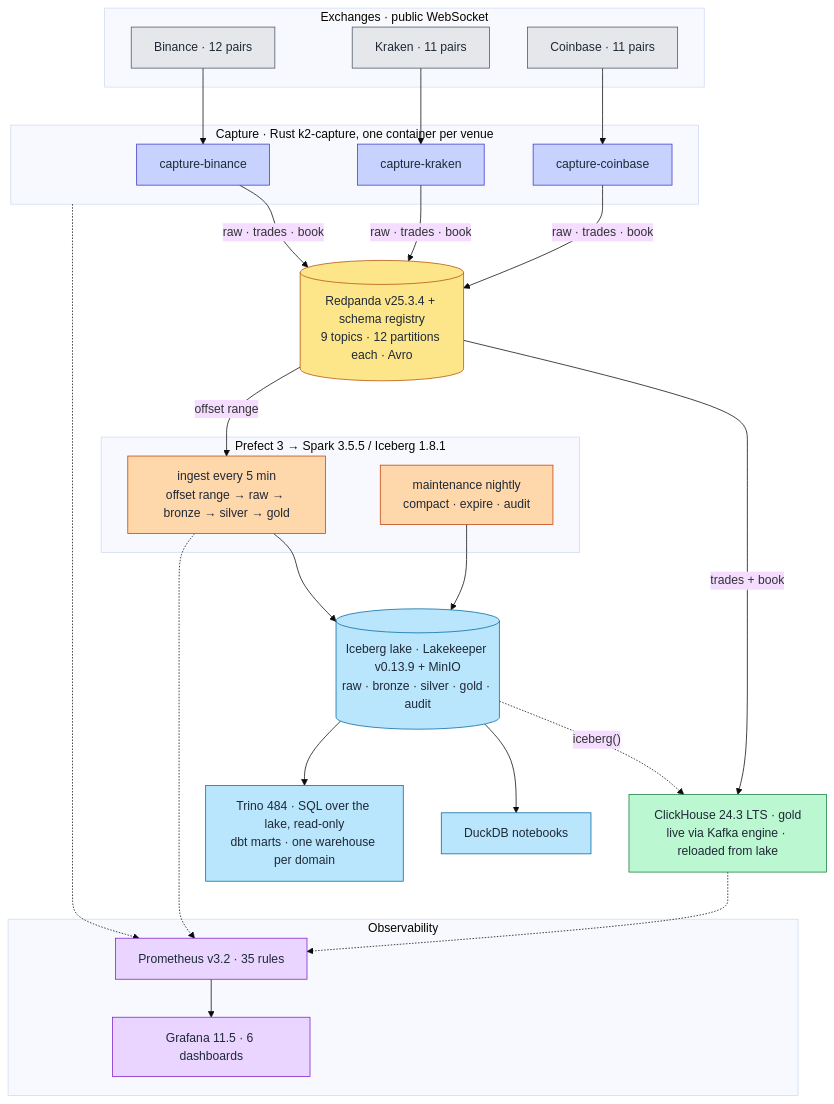
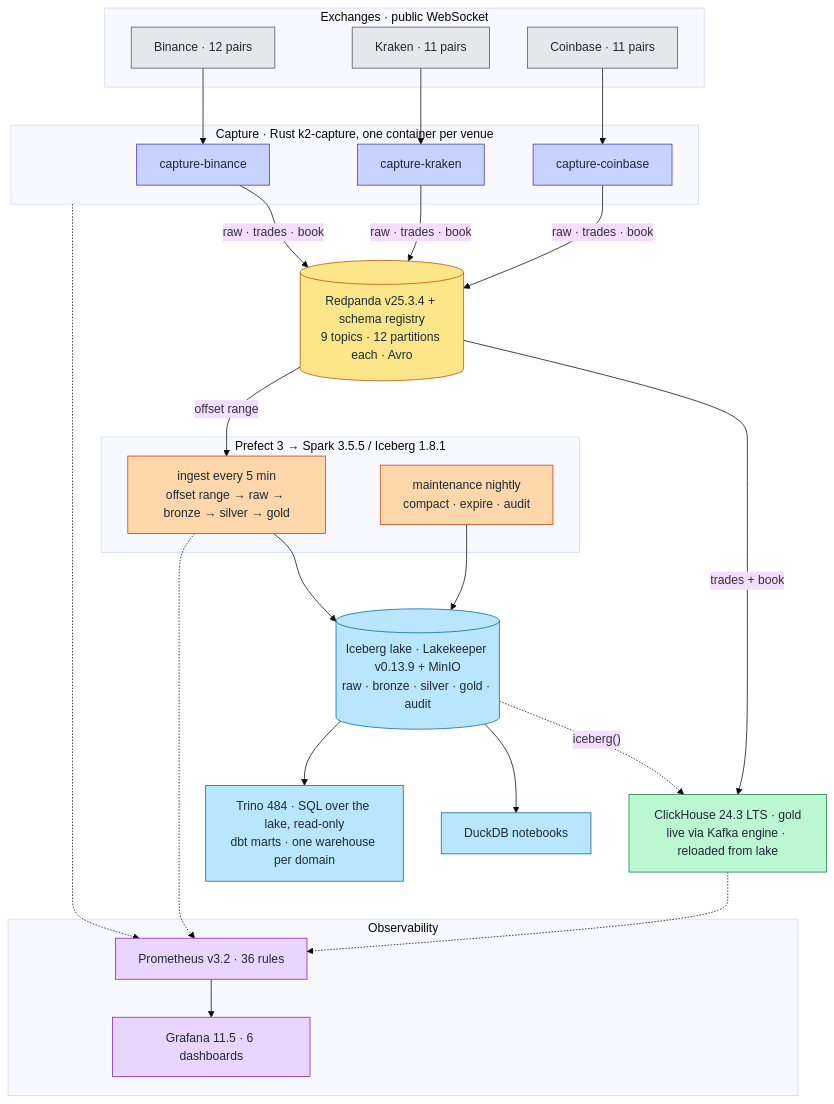
The diagram in docs/architecture/04-system-overview.md (rjdscott/k2-market-data-platform), drawn with Mermaid (base theme) before and after one commit. The commit also changed 16 other files, not shown here.

````diff
--- a/docs/architecture/04-system-overview.md
+++ b/docs/architecture/04-system-overview.md
@@ -28,53 +28,53 @@
 ```mermaid
 flowchart TB
     subgraph EX["Exchanges · public WebSocket"]
         BIN["Binance · 12 pairs"]
         KRK["Kraken · 11 pairs"]
         CBS["Coinbase · 11 pairs"]
     end
     subgraph CAP["Capture · Rust k2-capture, one container per venue"]
         FHB["capture-binance"]
         FHK["capture-kraken"]
         FHC["capture-coinbase"]
     end
     RP[("Redpanda v25.3.4 + schema registry<br/>9 topics · 12 partitions each · Avro")]
     subgraph BATCH["Prefect 3 → Spark 3.5.5 / Iceberg 1.8.1"]
         ING["ingest every 5 min<br/>offset range → raw → bronze → silver → gold"]
         MNT["maintenance nightly<br/>compact · expire · audit"]
     end
     ICE[("Iceberg lake · Lakekeeper v0.13.9 + MinIO<br/>raw · bronze · silver · gold · audit")]
     CH["ClickHouse 24.3 LTS · gold<br/>live via Kafka engine · reloaded from lake"]
     NB["DuckDB notebooks"]
     TR["Trino 484 · SQL over the lake, read-only<br/>dbt marts · one warehouse per domain"]
     subgraph OBS["Observability"]
-        PR["Prometheus v3.2 · 35 rules"]
+        PR["Prometheus v3.2 · 36 rules"]
         GR["Grafana 11.5 · 6 dashboards"]
     end
 
     BIN --> FHB
     KRK --> FHK
     CBS --> FHC
     FHB & FHK & FHC -->|"raw · trades · book"| RP
     RP -->|"trades + book"| CH
     RP -->|"offset range"| ING --> ICE
     MNT --> ICE
     ICE -.->|"iceberg()"| CH
     ICE --> NB
     ICE --> TR
     CAP & CH & ING -.-> PR --> GR
 
     classDef ex fill:#e5e7eb,stroke:#4b5563,color:#1f2937
     classDef rs fill:#c7d2fe,stroke:#4338ca,color:#1f2937
     classDef rp fill:#fde68a,stroke:#b45309,color:#1f2937
     classDef ch fill:#bbf7d0,stroke:#15803d,color:#1f2937
     classDef sp fill:#fed7aa,stroke:#c2410c,color:#1f2937
     classDef lk fill:#bae6fd,stroke:#0369a1,color:#1f2937
     classDef ob fill:#e9d5ff,stroke:#7e22ce,color:#1f2937
     class BIN,KRK,CBS ex
     class FHB,FHK,FHC rs
     class RP rp
     class CH ch
     class ING,MNT sp
     class ICE,NB,TR lk
     class PR,GR ob
 ```
````
